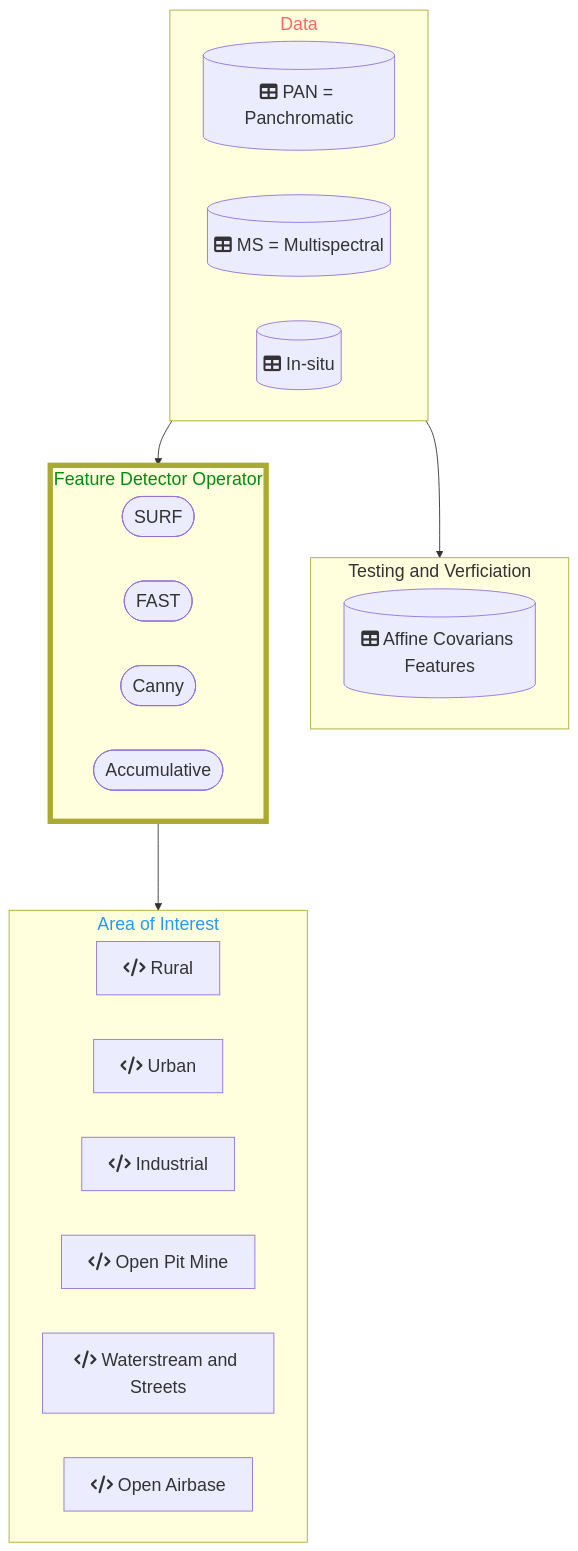
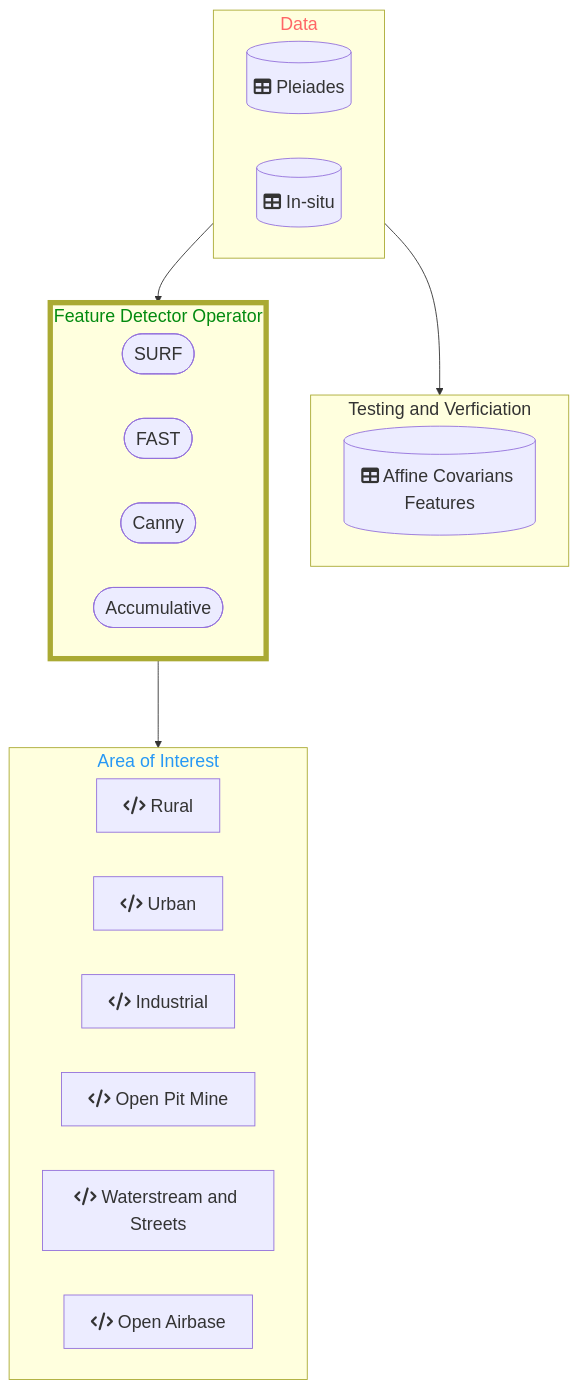
The diagram in Application/README.md (DippoldEJ/Feature-Detection-and-Explanation), drawn with Mermaid before and after one commit.

````diff
--- a/Application/README.md
+++ b/Application/README.md
@@ -13,47 +13,46 @@
 ```mermaid
 flowchart TD;
 %%{init: {
 	'themeVariables': { 'fontSize': '20px', 'fontFamily': 'Didot'}
 	}
 }%%
 
  subgraph n[Data]
         direction LR
-        h[(fa:fa-table PAN = Panchromatic)]
-        g[(fa:fa-table MS = Multispectral)]
+        h[(fa:fa-table Pleiades)]
 		s[(fa:fa-table In-situ)]
     end
 
  subgraph q[Testing and Verficiation]
         direction LR
         r[(fa:fa-table Affine Covarians Features)]
     end
 
  subgraph o[Feature Detector Operator]
         direction LR
         j([SURF])
         k([FAST])
         l([Canny])
         m([Accumulative])
     end
 
 subgraph p[Area of Interest]
     direction LR
     a[fa:fa-code Rural]
     b[fa:fa-code Urban]
     c[fa:fa-code Industrial]
     d[fa:fa-code Open Pit Mine]
     e[fa:fa-code Waterstream and Streets]
     f[fa:fa-code Open Airbase]
     end
 
 style n color:#f66
 style o stroke-width:6px
 style o color:#028A0F
 style p color:#2798F5
 
 n-->o
 o-->p
 n-->q
 
 ```
````
